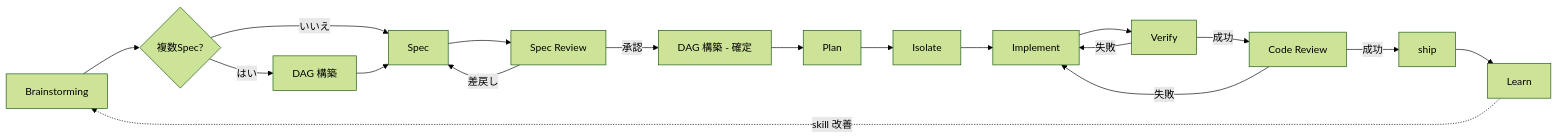
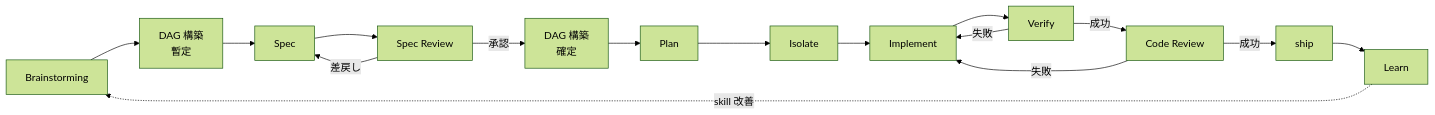
The diagram in docs/workflow.md (gassn/my-workflows), drawn with Mermaid (forest theme) before and after one commit. The commit also changed other lines of this file, not shown here.

Commit message:
改修 C: workflow.md からフロー分岐を削除、DAG 構築を常に通す

````diff
--- a/docs/workflow.md
+++ b/docs/workflow.md
@@ -48,20 +48,18 @@
 ```mermaid
 flowchart LR
-    Z[Brainstorming] --> Y{複数Spec?}
-    Y -->|はい| X[DAG 構築]
-    Y -->|いいえ| A[Spec]
-    X --> A
+    Z[Brainstorming] --> X[DAG 構築<br/>暫定]
+    X --> A[Spec]
     A --> B[Spec Review]
-    B -->|承認| X2[DAG 構築 - 確定]
+    B -->|承認| X2[DAG 構築<br/>確定]
     B -->|差戻し| A
     X2 --> D[Plan]
     D --> C[Isolate]
     C --> E[Implement]
     E --> F[Verify]
     F -->|失敗| E
     F -->|成功| G[Code Review]
     G -->|失敗| E
     G -->|成功| H[ship]
     H --> I[Learn]
     I -.->|skill 改善| Z
 ```
````
